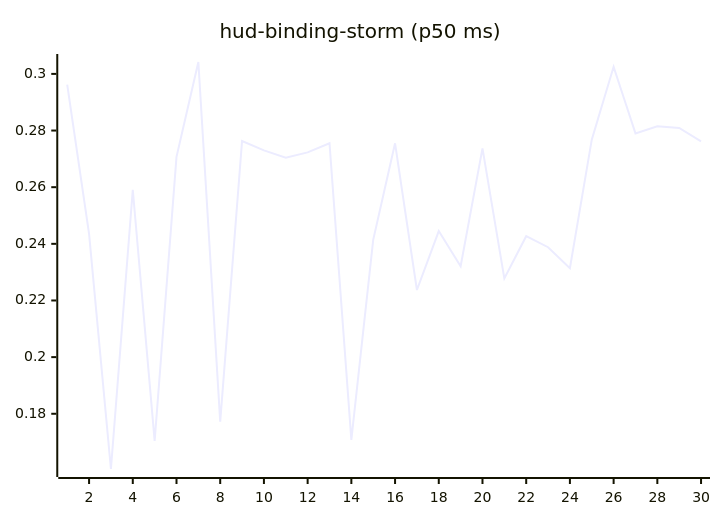
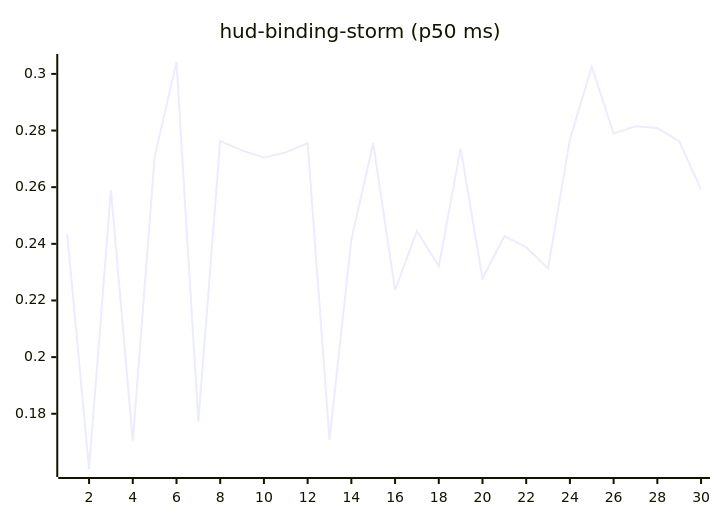
One commit to josha/Facet changed the tenth of 27 diagrams in README.md. Above: the diagram before and after it, drawn with Mermaid. The commit also changed other lines of this file and 2 other files, not shown here.

````diff
--- a/README.md
+++ b/README.md
@@ -126,6 +126,6 @@
 ```mermaid
 xychart-beta
     title "hud-binding-storm (p50 ms)"
     x-axis 1 --> 30
-    line [0.2962, 0.2435, 0.1605, 0.2591, 0.1704, 0.2707, 0.3042, 0.1772, 0.2763, 0.2730, 0.2704, 0.2723, 0.2755, 0.1708, 0.2414, 0.2755, 0.2237, 0.2445, 0.2321, 0.2737, 0.2278, 0.2427, 0.2388, 0.2314, 0.2768, 0.3025, 0.2790, 0.2815, 0.2809, 0.2762]
+    line [0.2435, 0.1605, 0.2591, 0.1704, 0.2707, 0.3042, 0.1772, 0.2763, 0.2730, 0.2704, 0.2723, 0.2755, 0.1708, 0.2414, 0.2755, 0.2237, 0.2445, 0.2321, 0.2737, 0.2278, 0.2427, 0.2388, 0.2314, 0.2768, 0.3025, 0.2790, 0.2815, 0.2809, 0.2762, 0.2592]
 ```
````
